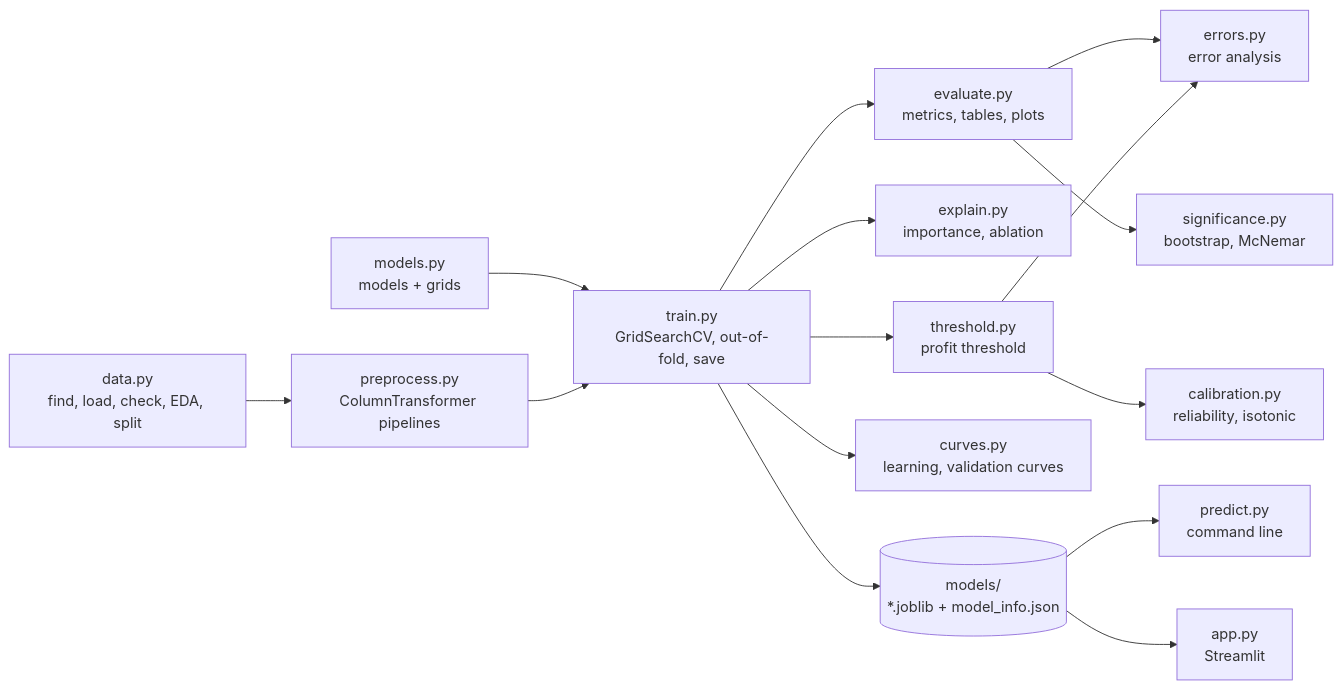
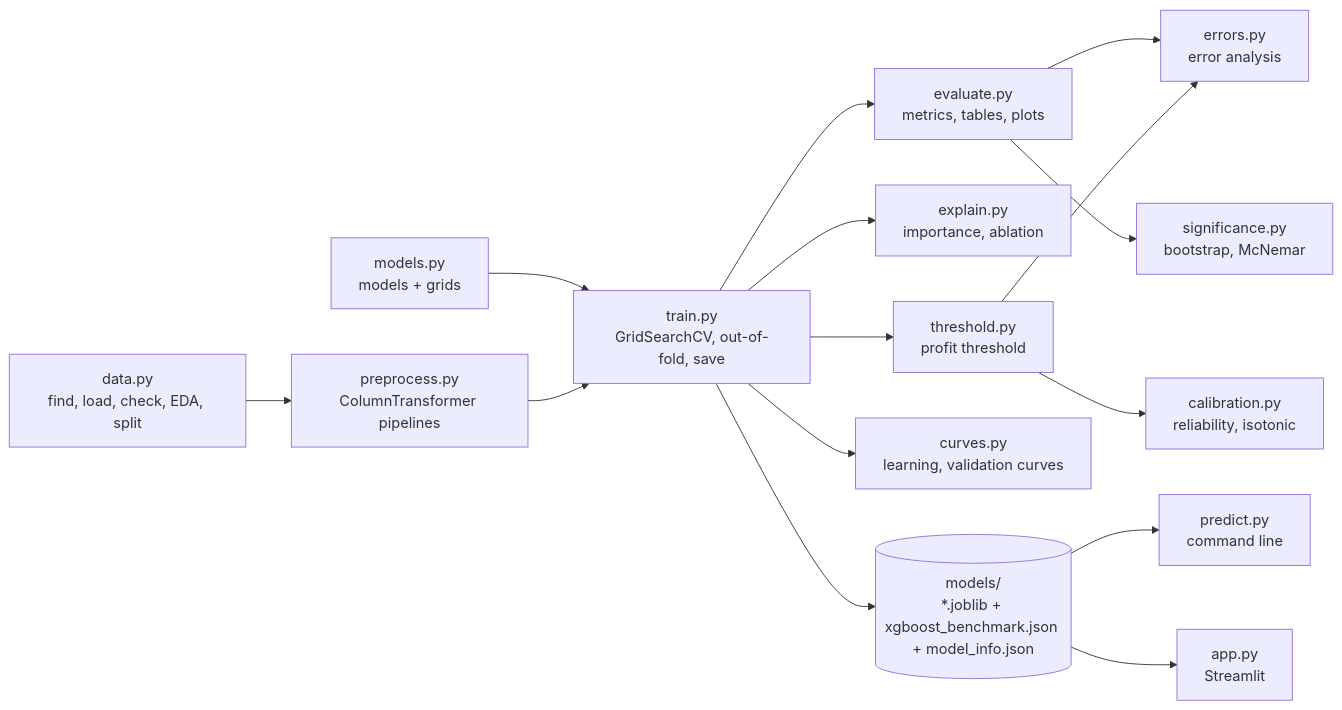
The diagram in docs/code_guide.md (pxnz3r/Predator), drawn with Mermaid before and after one commit. The commit also changed other lines of this file and 6 other files, not shown here.

Commit message:
fix(models): save the XGBoost model in XGBoost's JSON format so it loads on Windows

````diff
--- a/docs/code_guide.md
+++ b/docs/code_guide.md
@@ -7,17 +7,17 @@
 ```mermaid
 flowchart LR
   data["data.py<br/>find, load, check, EDA, split"] --> preprocess["preprocess.py<br/>ColumnTransformer pipelines"]
   models["models.py<br/>models + grids"] --> train
   preprocess --> train["train.py<br/>GridSearchCV, out-of-fold, save"]
   train --> evaluate["evaluate.py<br/>metrics, tables, plots"]
   train --> explain["explain.py<br/>importance, ablation"]
   train --> threshold["threshold.py<br/>profit threshold"]
   evaluate --> errors["errors.py<br/>error analysis"]
   evaluate --> significance["significance.py<br/>bootstrap, McNemar"]
   train --> curves["curves.py<br/>learning, validation curves"]
   threshold --> calibration["calibration.py<br/>reliability, isotonic"]
   threshold --> errors
-  train --> files[("models/<br/>*.joblib + model_info.json")]
+  train --> files[("models/<br/>*.joblib + xgboost_benchmark.json + model_info.json")]
   files --> predict["predict.py<br/>command line"]
   files --> app["app.py<br/>Streamlit"]
 ```
````
